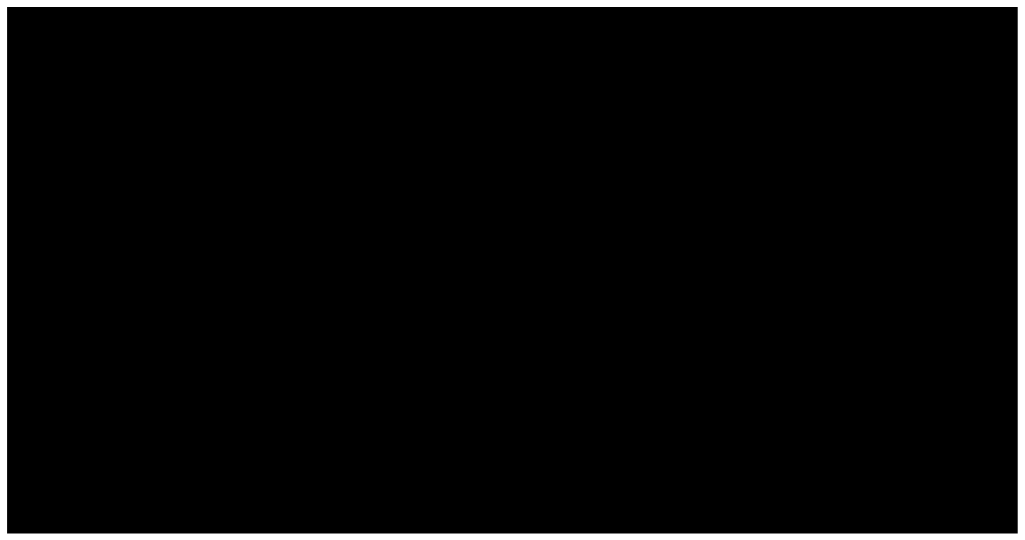
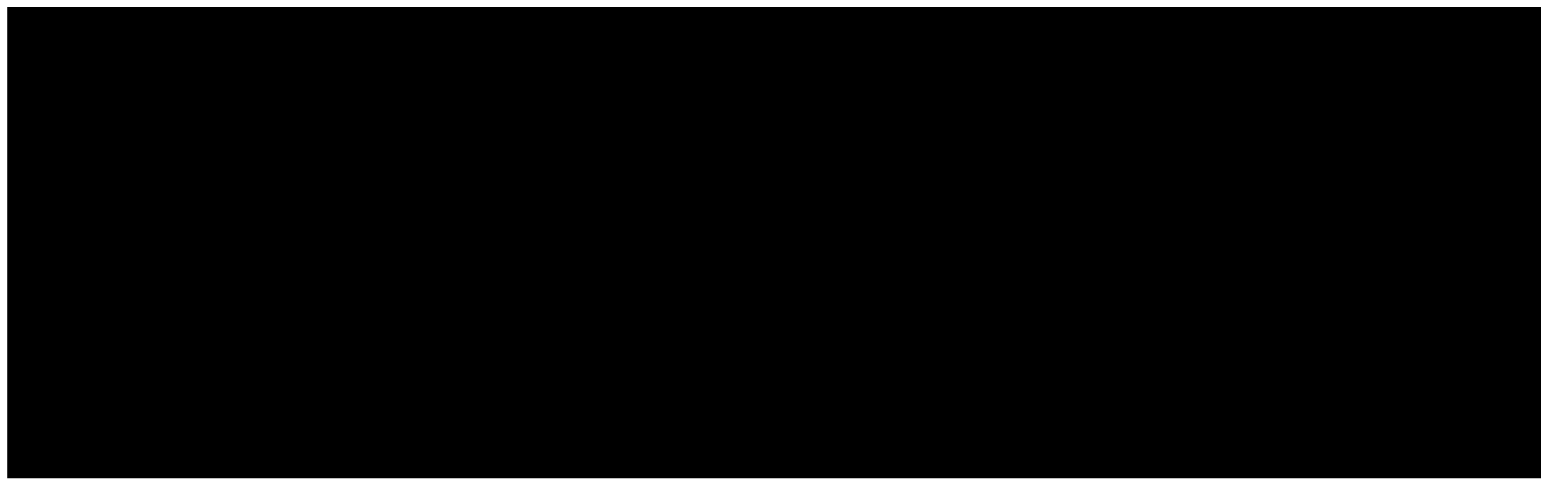
Before and after one commit to we-meet-trip/map-project-client: the diagram in docs/diagrams/src/sdk-boundary.dot, drawn with Graphviz. The commit also changed 14 other files, not shown here.

```diff
--- a/docs/diagrams/src/sdk-boundary.dot
+++ b/docs/diagrams/src/sdk-boundary.dot
@@ -1,41 +1,44 @@
 digraph sdk_boundary {
   graph [rankdir=LR, bgcolor="@BG@", fontname="Pretendard, Noto Sans KR, sans-serif", fontcolor="@FG@",
          nodesep=0.5, ranksep=1.6, pad=0.3, newrank=true];
   node  [shape=box, style="rounded,filled", fontname="Pretendard, Noto Sans KR, sans-serif", fontsize=12,
          fontcolor="@FG@", color="@SVC_EDGE@", fillcolor="@SVC_FILL@", penwidth=1.2, margin="0.16,0.07"];
   edge  [color="@LINE@", fontname="Pretendard, Noto Sans KR, sans-serif", fontsize=10, fontcolor="@FG@", arrowsize=0.7];
 
   subgraph cluster_device {
     label="기기"; labeljust=l; fontsize=12; style="rounded,dashed"; color="@LINE@";
     app [label="map-project-client"];
     gmaps  [label="Google Maps SDK", style="rounded,filled,dashed", fillcolor="@EXT_FILL@", color="@EXT_EDGE@"];
     kakao  [label="카카오 SDK\n(카카오톡 앱 전환)", style="rounded,filled,dashed", fillcolor="@EXT_FILL@", color="@EXT_EDGE@"];
     apple  [label="Sign in with Apple\n(iOS)", style="rounded,filled,dashed", fillcolor="@EXT_FILL@", color="@EXT_EDGE@"];
     device [label="위치 · 카메라 · 음성 인식\n· 나침반 · 사진", style="rounded,filled,dashed", fillcolor="@EXT_FILL@", color="@EXT_EDGE@"];
     store  [label="기기 저장\nHive · secure storage", fillcolor="@DB_FILL@", color="@DB_EDGE@"];
   }
 
+  gw [label="API origin\n(통합 실행에서는 관문)", style="rounded,filled,dashed", fillcolor="@EXT_FILL@", color="@EXT_EDGE@"];
   bff [label="map-project-user\n(BFF)"];
 
   subgraph cluster_behind {
-    label="BFF 뒤 (앱은 직접 부르지 않는다)"; labeljust=l; fontsize=11; style="rounded,dashed"; color="@LINE@";
+    label="앱이 주소를 따로 모르는 서비스"; labeljust=l; fontsize=11; style="rounded,dashed"; color="@LINE@";
     agent [label="map-project-agent\n추천"];
     hub   [label="map-project-hub\n외부 데이터"];
     yolo  [label="map-project-yolo\n비전"];
     extai [label="외부 AI 처리자\n(기능별 동의 뒤, 기본 꺼짐)", style="rounded,filled,dashed", fillcolor="@OPT_FILL@", color="@OPT_EDGE@"];
     pub   [label="공공·외부 API\n날씨 · 교통 · 장소", style="rounded,filled,dashed", fillcolor="@EXT_FILL@", color="@EXT_EDGE@"];
   }
 
   app -> store;
   app -> device [label="권한"];
   app -> apple;
   app -> kakao  [label="네이티브 앱 키"];
   app -> gmaps  [label="클라이언트 키"];
-  app -> bff    [label="HTTPS /api/v1\n/ws/chat · /ws/vision"];
+  app -> gw     [label="HTTPS /api/v1\n/ws/chat · /ws/vision"];
+  gw -> bff     [label="/api/v1 · /ws/chat"];
+  gw -> yolo    [label="/ws/vision"];
+  yolo -> bff   [label="사용 허가", style=dashed];
   bff -> agent;
   bff -> hub;
-  bff -> yolo;
   agent -> extai [style=dashed];
   yolo  -> extai [style=dashed];
   hub   -> pub;
 }
```
